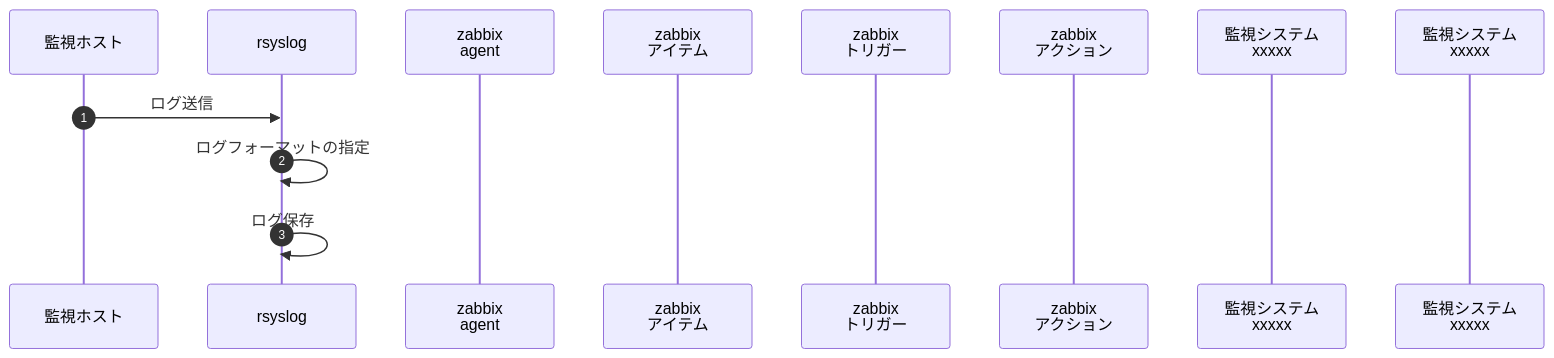
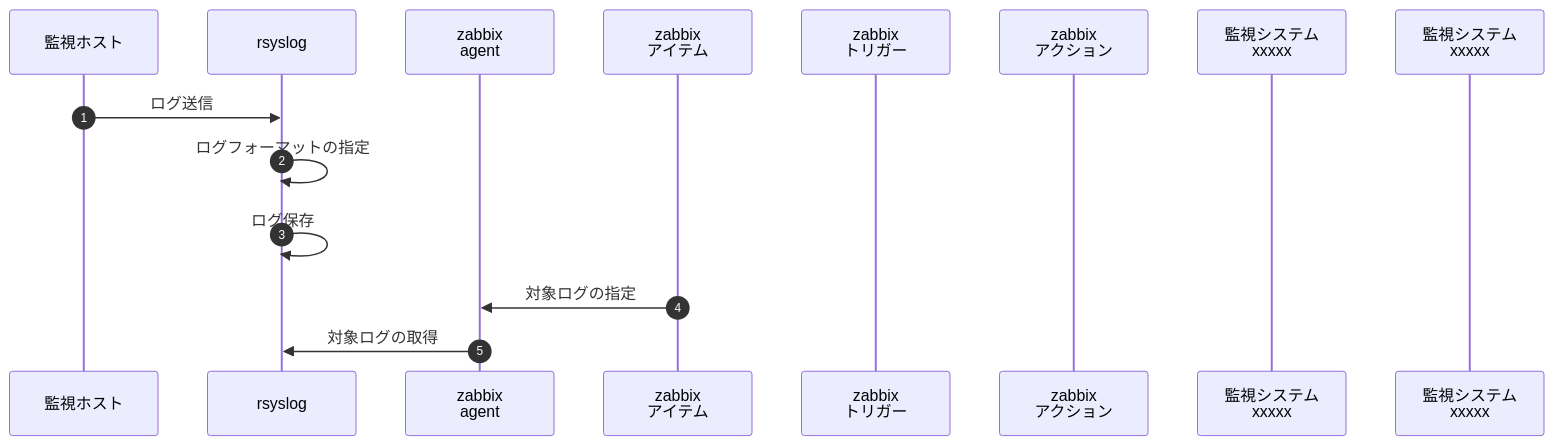
One commit to panda-git-hub/handbook changed the second of 2 diagrams in README.md. Above: the diagram before and after it, drawn with Mermaid.

````diff
--- a/README.md
+++ b/README.md
@@ -21,15 +21,17 @@
 ```mermaid
 sequenceDiagram
   autonumber
   participant A as 監視ホスト
   participant B as rsyslog
   participant C as zabbix<br>agent
   participant D as zabbix<br>アイテム
   participant E as zabbix<br>トリガー
   participant F as zabbix<br>アクション
   participant G as 監視システム<br>xxxxx
   participant H as 監視システム<br>xxxxx
   A->>B: ログ送信
   B->>B: ログフォーマットの指定
   B->>B: ログ保存
+  D->>C: 対象ログの指定
+  C->>B: 対象ログの取得 
 ```
````
